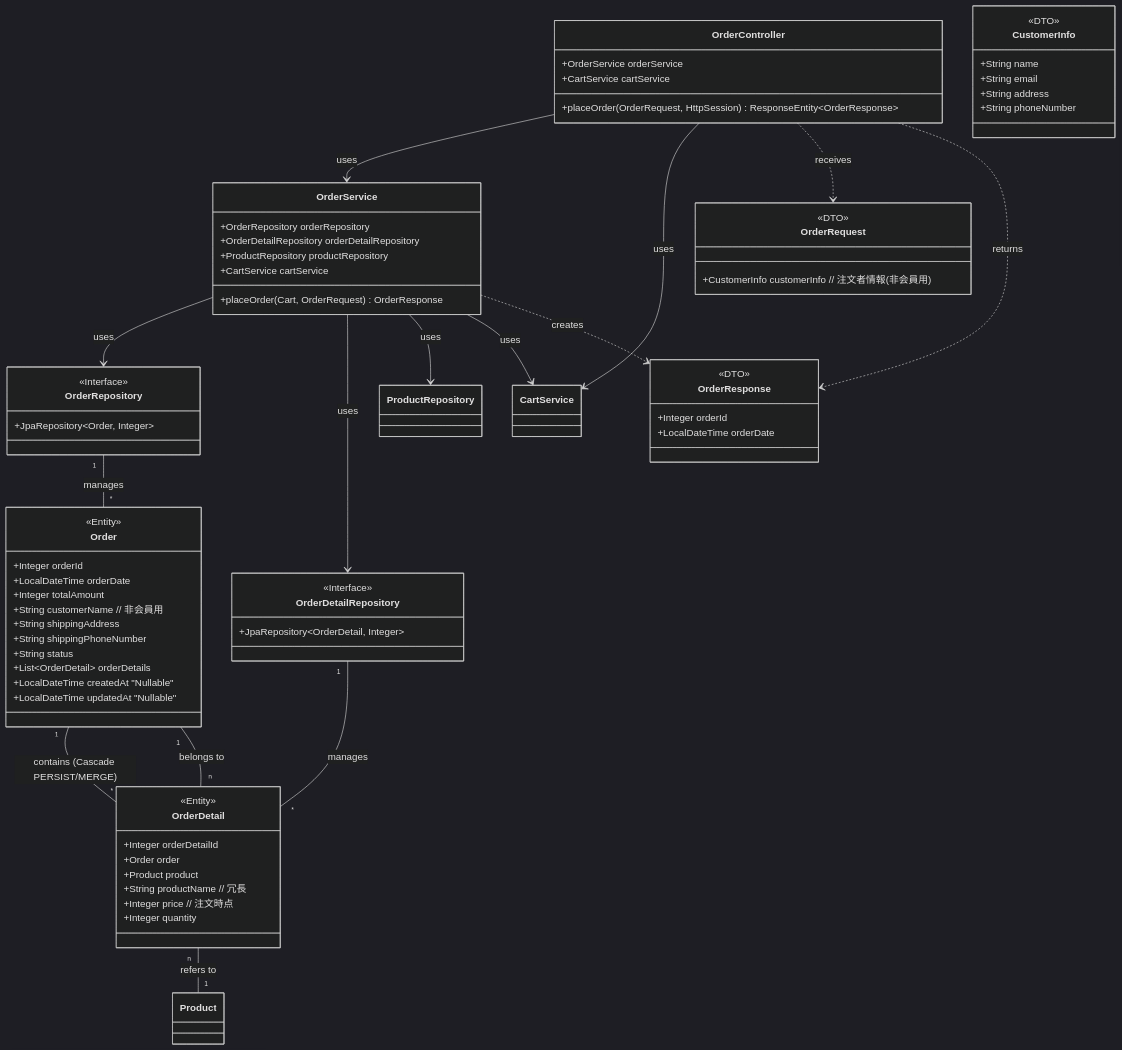
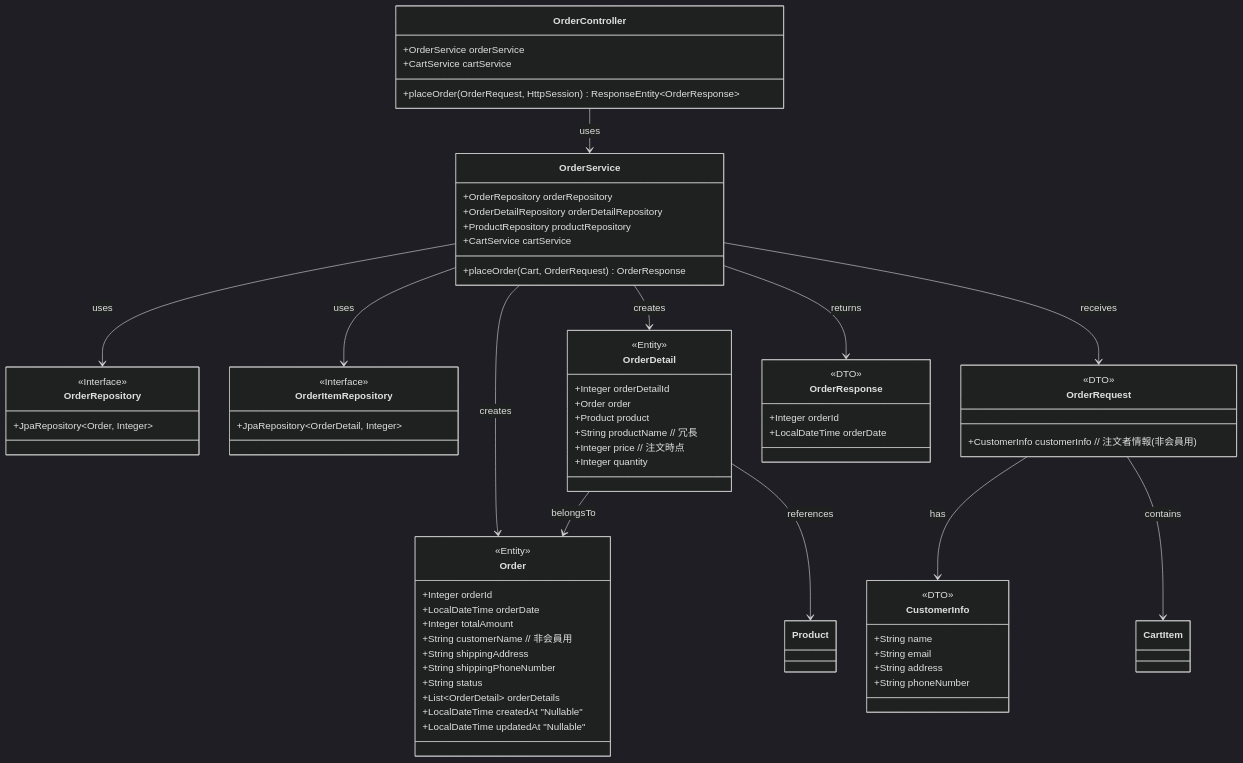
Diagram 16 of 18 in 詳細設計/詳細設計書.md (natsumiumeda/Jobs), drawn with Mermaid (dark theme) before and after one commit. The commit also changed other lines of this file, not shown here.

```diff
--- a/詳細設計/詳細設計書.md
+++ b/詳細設計/詳細設計書.md
@@ -943,10 +774,13 @@
 <div class="mermaid">
 classDiagram
+    %% Controller
     class OrderController {
         +OrderService orderService
         +CartService cartService
         +placeOrder(OrderRequest, HttpSession) ResponseEntity~OrderResponse~
     }
+
+    %% Service
     class OrderService {
         +OrderRepository orderRepository
         +OrderDetailRepository orderDetailRepository
@@ -954,14 +788,19 @@
         +CartService cartService
         +placeOrder(Cart, OrderRequest) OrderResponse
     }
+
+    %% Repository
     class OrderRepository {
-        <<Interface>>
+       <<Interface>>
         +JpaRepository~Order, Integer~
     }
-     class OrderDetailRepository {
-        <<Interface>>
+
+    class OrderItemRepository {
+       <<Interface>>
         +JpaRepository~OrderDetail, Integer~
     }
+
+    %% Entity
     class Order {
         <<Entity>>
         +Integer orderId
@@ -975,6 +814,7 @@
         +LocalDateTime createdAt "Nullable"
         +LocalDateTime updatedAt "Nullable"
     }
+
     class OrderDetail {
         <<Entity>>
         +Integer orderDetailId
@@ -984,36 +824,38 @@
         +Integer price // 注文時点
         +Integer quantity
     }
+
+    %% DTO
     class OrderRequest {
         <<DTO>>
         +CustomerInfo customerInfo // 注文者情報(非会員用)
     }
-    class CustomerInfo{
-         <<DTO>>
+
+    class CustomerInfo {
+        <<DTO>>
         +String name
         +String email
         +String address
         +String phoneNumber
     }
+
     class OrderResponse {
         <<DTO>>
         +Integer orderId
         +LocalDateTime orderDate
     }
 
+    %% 関係
     OrderController --> OrderService : uses
-    OrderController --> CartService : uses
     OrderService --> OrderRepository : uses
-    OrderService --> OrderDetailRepository : uses
-    OrderService --> ProductRepository : uses
-    OrderService --> CartService : uses
-    OrderRepository "1" -- "*" Order : manages
-    OrderDetailRepository "1" -- "*" OrderDetail : manages
-    Order "1" -- "*" OrderDetail : contains (Cascade PERSIST/MERGE)
-    OrderDetail "n" -- "1" Order : belongs to
-    OrderDetail "n" -- "1" Product : refers to
+    OrderService --> OrderItemRepository : uses
+    OrderService --> Order : creates
+    OrderService --> OrderDetail : creates
+    OrderService --> OrderResponse : returns
+    OrderService --> OrderRequest : receives
+    OrderRequest --> CustomerInfo : has
+    OrderRequest --> CartItem : contains
+    OrderDetail --> Order : belongsTo
+    OrderDetail --> Product : references
 
-    OrderController ..> OrderRequest : receives
-    OrderController ..> OrderResponse : returns
-    OrderService ..> OrderResponse : creates
-</div>
+ </div>
```
